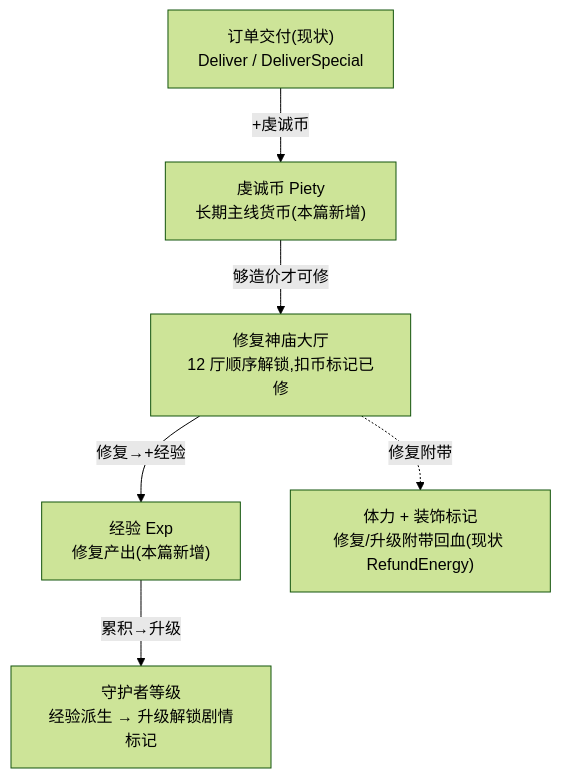
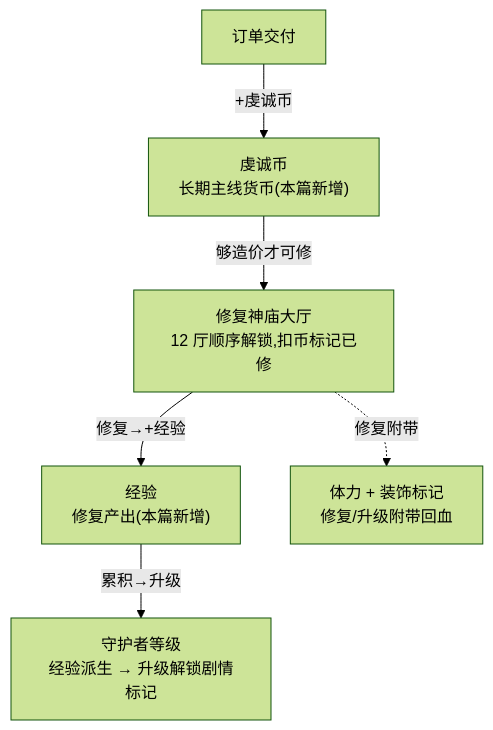
Before and after one commit to zhoupeng921101/TEngine_zp: the diagram in UnityProject/design-docs/13-piety-temple-repair.md, drawn with Mermaid (forest theme). The commit also changed other lines of this file and 20 other files, not shown here.

````diff
--- a/UnityProject/design-docs/13-piety-temple-repair.md
+++ b/UnityProject/design-docs/13-piety-temple-repair.md
@@ -57,14 +56,14 @@
 ```mermaid
 flowchart TD
-    a1["订单交付(现状)<br/>Deliver / DeliverSpecial"]
-    p1["虔诚币 Piety<br/>长期主线货币(本篇新增)"]
+    a1["订单交付"]
+    p1["虔诚币<br/>长期主线货币(本篇新增)"]
     t1["修复神庙大厅<br/>12 厅顺序解锁,扣币标记已修"]
-    e1["经验 Exp<br/>修复产出(本篇新增)"]
+    e1["经验<br/>修复产出(本篇新增)"]
     g1["守护者等级<br/>经验派生 → 升级解锁剧情标记"]
-    en1["体力 + 装饰标记<br/>修复/升级附带回血(现状 RefundEnergy)"]
+    en1["体力 + 装饰标记<br/>修复/升级附带回血"]
     a1 -->|+虔诚币| p1
     p1 -->|够造价才可修| t1
     t1 -->|修复→+经验| e1
     e1 -->|累积→升级| g1
     t1 -.->|修复附带| en1
 ```
````
